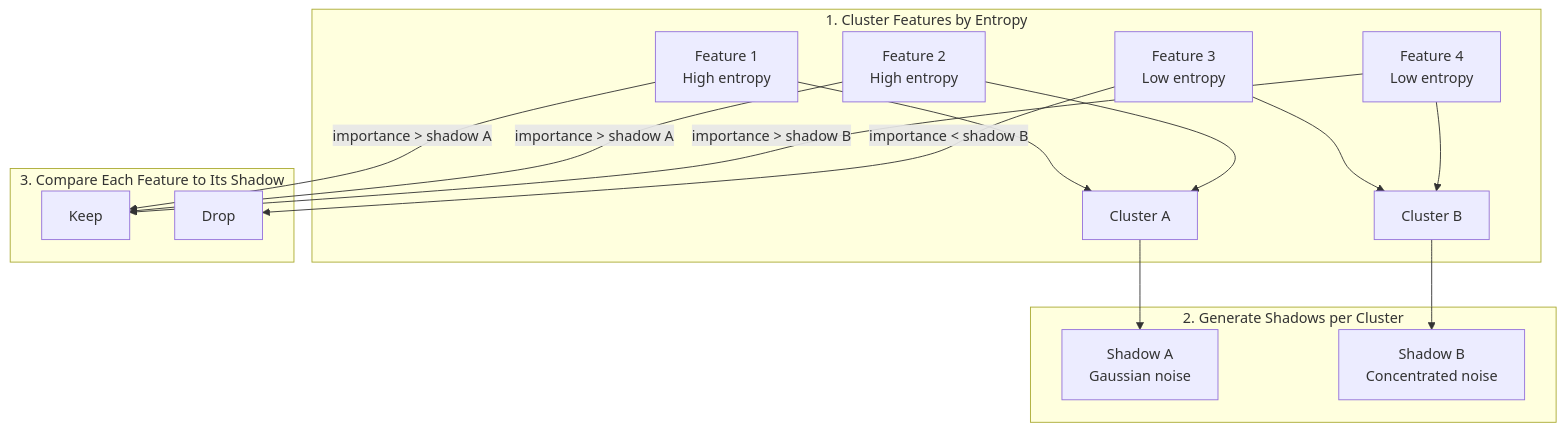
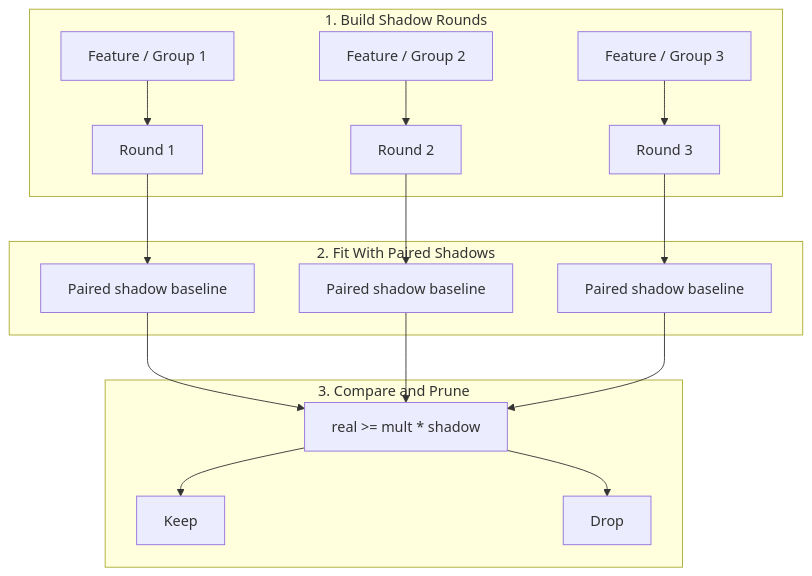
The first of 3 diagrams in docs/feature-selection.md (caldred/auto-sklearn), drawn with Mermaid before and after one commit. The commit also changed other lines of this file and 5 other files, not shown here.

````diff
--- a/docs/feature-selection.md
+++ b/docs/feature-selection.md
@@ -60,21 +67,22 @@
 ```mermaid
 graph TB
-    subgraph "1. Cluster Features by Entropy"
-        F1[Feature 1<br/>High entropy] --> C1[Cluster A]
-        F2[Feature 2<br/>High entropy] --> C1
-        F3[Feature 3<br/>Low entropy] --> C2[Cluster B]
-        F4[Feature 4<br/>Low entropy] --> C2
+    subgraph "1. Build Shadow Rounds"
+        F1[Feature / Group 1] --> R1[Round 1]
+        F2[Feature / Group 2] --> R2[Round 2]
+        F3[Feature / Group 3] --> R3[Round 3]
     end
 
-    subgraph "2. Generate Shadows per Cluster"
-        C1 --> S1[Shadow A<br/>Gaussian noise]
-        C2 --> S2[Shadow B<br/>Concentrated noise]
+    subgraph "2. Fit With Paired Shadows"
+        R1 --> S1[Paired shadow baseline]
+        R2 --> S2[Paired shadow baseline]
+        R3 --> S3[Paired shadow baseline]
     end
 
-    subgraph "3. Compare Each Feature to Its Shadow"
-        F1 --> |importance > shadow A| K[Keep]
-        F2 --> |importance > shadow A| K
-        F3 --> |importance < shadow B| D[Drop]
-        F4 --> |importance > shadow B| K
+    subgraph "3. Compare and Prune"
+        S1 --> C[real >= mult * shadow]
+        S2 --> C
+        S3 --> C
+        C --> K[Keep]
+        C --> D[Drop]
     end
 ```
````
